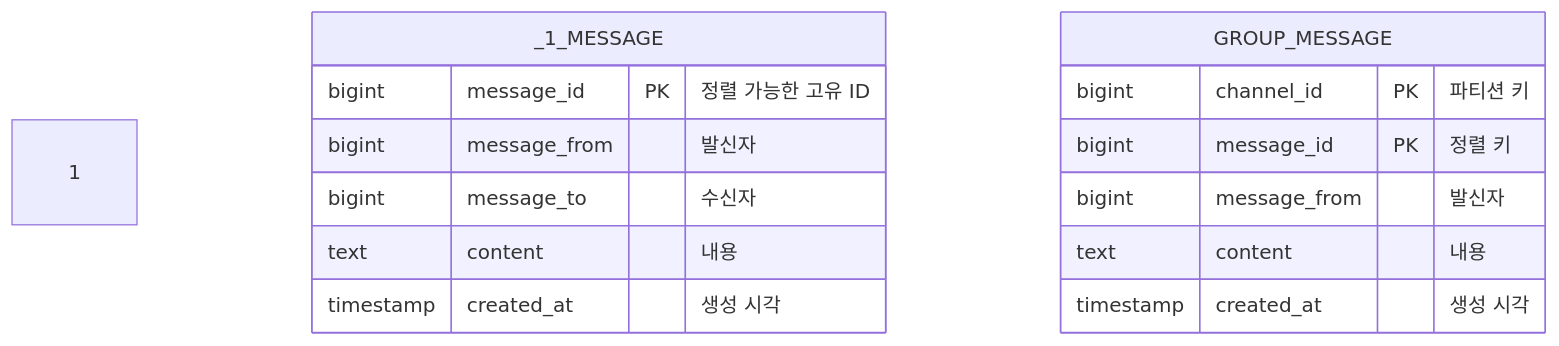
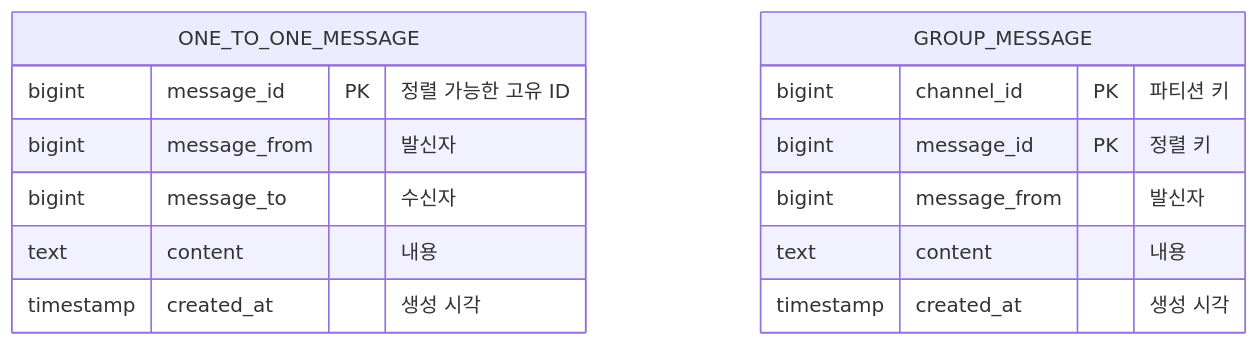
The fifth of 7 diagrams in src/content/blog/가면사배-시리즈-12-채팅-시스템-설계.mdx (kilhyeonjun/kilhyeonjun.github.io), drawn with Mermaid before and after one commit. The commit also changed 5 other files, not shown here.

````diff
--- a/src/content/blog/가면사배-시리즈-12-채팅-시스템-설계.mdx
+++ b/src/content/blog/가면사배-시리즈-12-채팅-시스템-설계.mdx
@@ -168,17 +168,17 @@
 ```mermaid
 erDiagram
-    1_1_MESSAGE {
+    ONE_TO_ONE_MESSAGE {
         bigint message_id PK "정렬 가능한 고유 ID"
         bigint message_from "발신자"
         bigint message_to "수신자"
         text content "내용"
         timestamp created_at "생성 시각"
     }
     GROUP_MESSAGE {
         bigint channel_id PK "파티션 키"
         bigint message_id PK "정렬 키"
         bigint message_from "발신자"
         text content "내용"
         timestamp created_at "생성 시각"
     }
 ```
````
